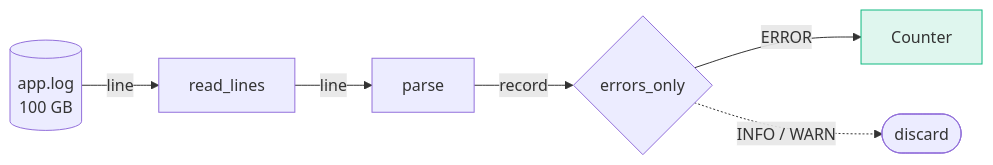
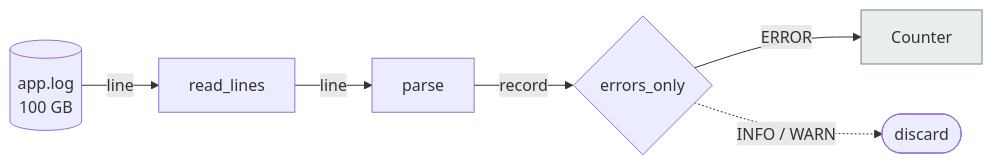
Before and after one commit to rxodhks/devlog: the second of 2 diagrams in content/posts/python-generators.mdx, drawn with Mermaid. The commit also changed other lines of this file and 72 other files, not shown here.

````diff
--- a/content/posts/python-generators.mdx
+++ b/content/posts/python-generators.mdx
@@ -97,9 +98,9 @@
 ```mermaid title="지연 평가 파이프라인 — 한 번에 한 줄씩 흐른다"
 flowchart LR
     F[(app.log<br/>100 GB)] -->|line| A[read_lines]
     A -->|line| B[parse]
     B -->|record| C{errors_only}
     C -->|ERROR| D[Counter]
     C -.->|INFO / WARN| X([discard])
-    style D fill:#10B98122,stroke:#10B981
+    style D fill:#8FA89433,stroke:#6E8B73
 ```
````
